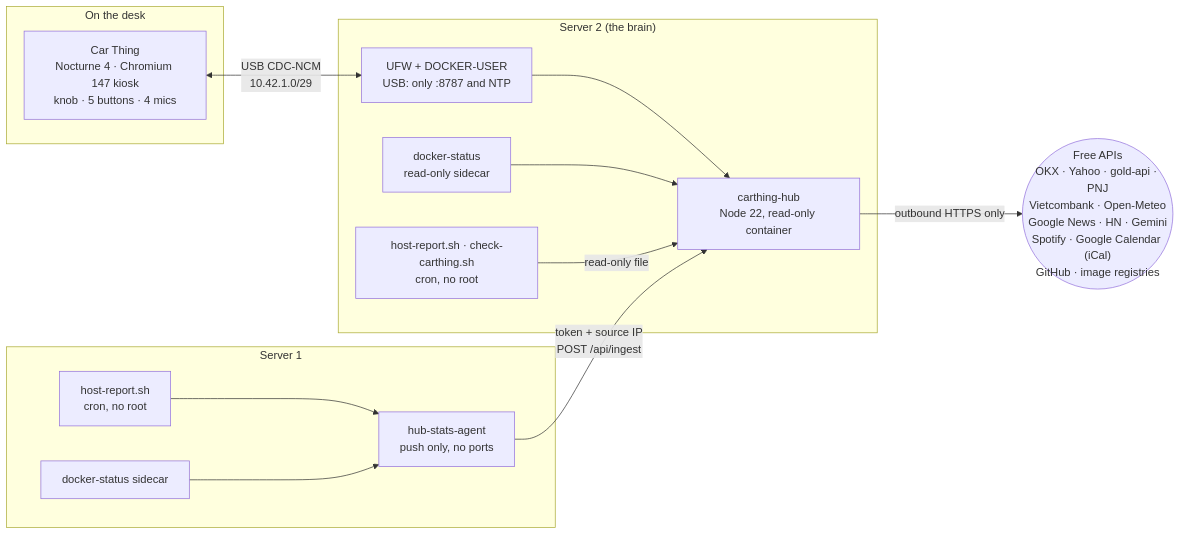
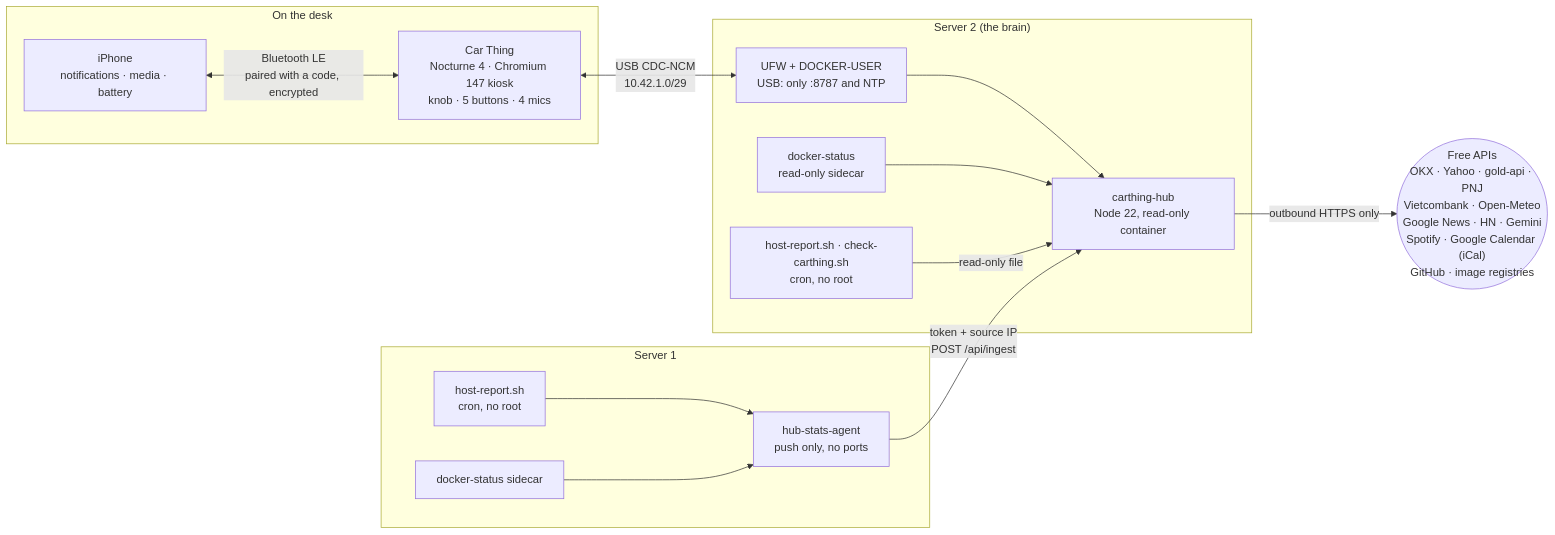
The diagram in README.md (nhaajtt/carthing-desk-hub), drawn with Mermaid before and after one commit. The commit also changed other lines of this file and 23 other files, not shown here.

First line of the commit message:
iPhone over Bluetooth: battery, notifications, calls and now playing, with no app on the phone

````diff
--- a/README.md
+++ b/README.md
@@ -103,25 +105,27 @@
 ```mermaid
 flowchart LR
   subgraph desk["On the desk"]
     CT["Car Thing<br/>Nocturne 4 · Chromium 147 kiosk<br/>knob · 5 buttons · 4 mics"]
+    IP["iPhone<br/>notifications · media · battery"]
+    IP <-- "Bluetooth LE<br/>paired with a code, encrypted" --> CT
   end
   subgraph s2["Server 2 (the brain)"]
     HUB["carthing-hub<br/>Node 22, read-only container"]
     DS2["docker-status<br/>read-only sidecar"]
     HR2["host-report.sh · check-carthing.sh<br/>cron, no root"]
     FW["UFW + DOCKER-USER<br/>USB: only :8787 and NTP"]
   end
   subgraph s1["Server 1"]
     AG["hub-stats-agent<br/>push only, no ports"]
     DS1["docker-status sidecar"]
     HR1["host-report.sh<br/>cron, no root"]
   end
   NET(("Free APIs<br/>OKX · Yahoo · gold-api · PNJ<br/>Vietcombank · Open-Meteo<br/>Google News · HN · Gemini<br/>Spotify · Google Calendar (iCal)<br/>GitHub · image registries"))
 
   CT <-- "USB CDC-NCM<br/>10.42.1.0/29" --> FW --> HUB
   DS2 --> HUB
   HR2 -- "read-only file" --> HUB
   HR1 --> AG
   DS1 --> AG -- "token + source IP<br/>POST /api/ingest" --> HUB
   HUB -- "outbound HTTPS only" --> NET
 ```
````
